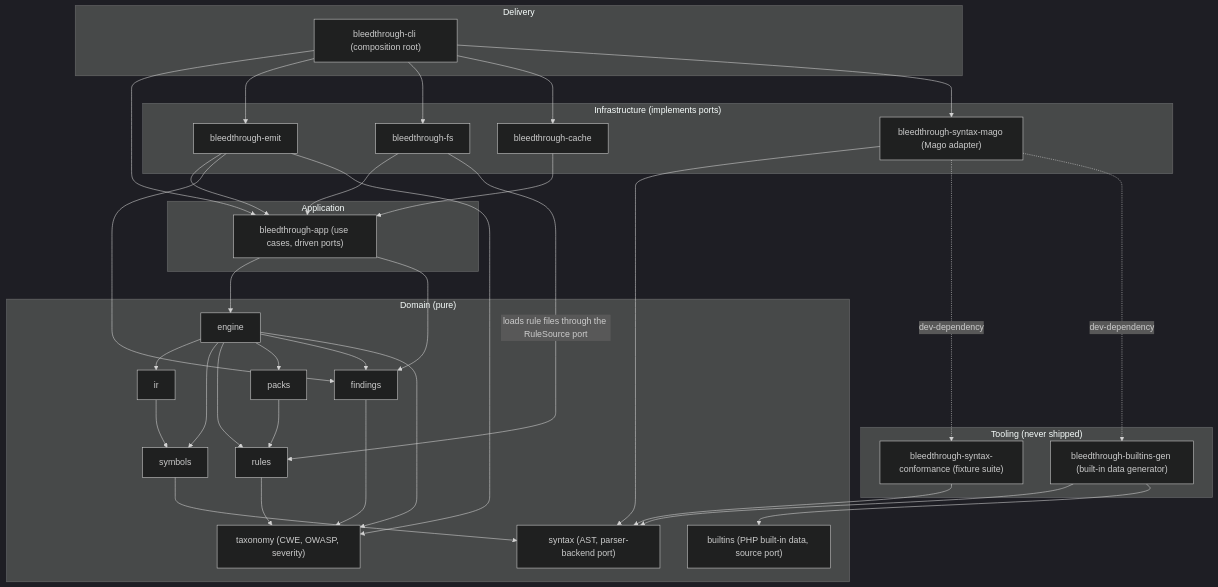
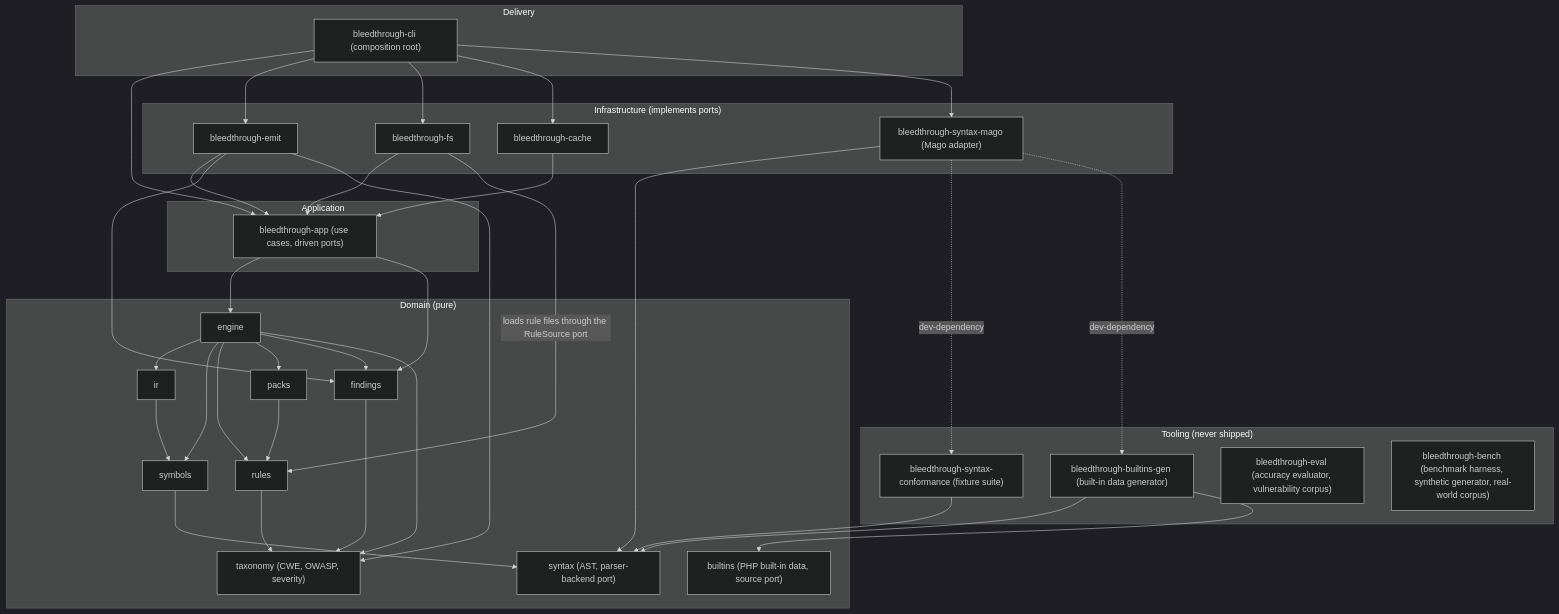
Before and after one commit to MisterIcy/bleedthrough: the diagram in docs/architecture.md, drawn with Mermaid (dark theme). The commit also changed other lines of this file and 196 other files, not shown here.

First line of the commit message:
Add the vulnerability corpus, accuracy evaluator, benchmark harness and real-world corpus tooling

````diff
--- a/docs/architecture.md
+++ b/docs/architecture.md
@@ -8,60 +8,62 @@
 ```mermaid
 flowchart TB
   subgraph DELIVERY["Delivery"]
     cli["bleedthrough-cli (composition root)"]
   end
   subgraph INFRA["Infrastructure (implements ports)"]
     emit["bleedthrough-emit"]
     fs["bleedthrough-fs"]
     cache["bleedthrough-cache"]
     mago["bleedthrough-syntax-mago (Mago adapter)"]
   end
   subgraph TOOLING["Tooling (never shipped)"]
     conformance["bleedthrough-syntax-conformance (fixture suite)"]
     gen["bleedthrough-builtins-gen (built-in data generator)"]
+    eval["bleedthrough-eval (accuracy evaluator, vulnerability corpus)"]
+    bench["bleedthrough-bench (benchmark harness, synthetic generator, real-world corpus)"]
   end
   subgraph APP["Application"]
     app["bleedthrough-app (use cases, driven ports)"]
   end
   subgraph DOMAIN["Domain (pure)"]
     engine["engine"]
     ir["ir"]
     symbols["symbols"]
     syntax["syntax (AST, parser-backend port)"]
     builtins["builtins (PHP built-in data, source port)"]
     rules["rules"]
     packs["packs"]
     findings["findings"]
     taxonomy["taxonomy (CWE, OWASP, severity)"]
   end
   cli --> app
   cli --> emit
   cli --> fs
   cli --> cache
   cli --> mago
   emit --> app
   fs --> app
   fs -->|loads rule files through the RuleSource port| rules
   emit --> findings
   emit --> taxonomy
   cache --> app
   mago --> syntax
   mago -. dev-dependency .-> conformance
   conformance --> syntax
   mago -. dev-dependency .-> gen
   gen --> syntax
   gen --> builtins
   app --> engine
   app --> findings
   engine --> ir
   engine --> symbols
   engine --> rules
   engine --> packs
   engine --> findings
   engine --> taxonomy
   rules --> taxonomy
   findings --> taxonomy
   ir --> symbols
   symbols --> syntax
   packs --> rules
 ```
````
